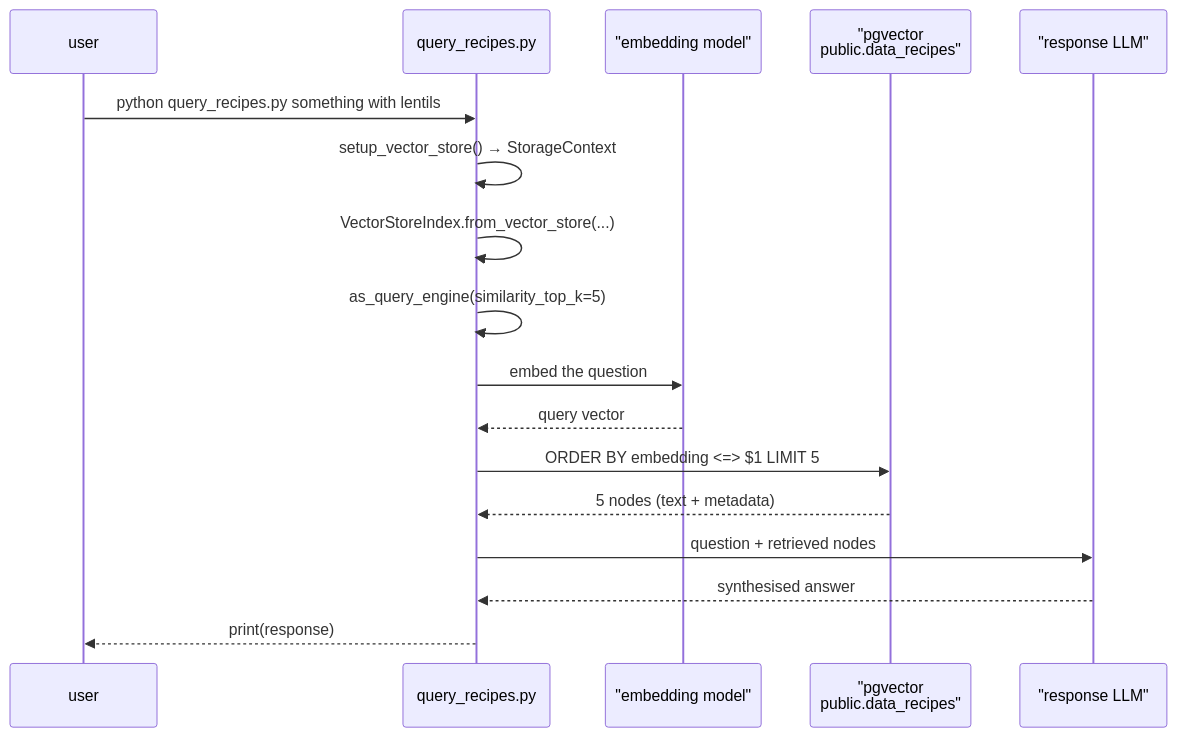
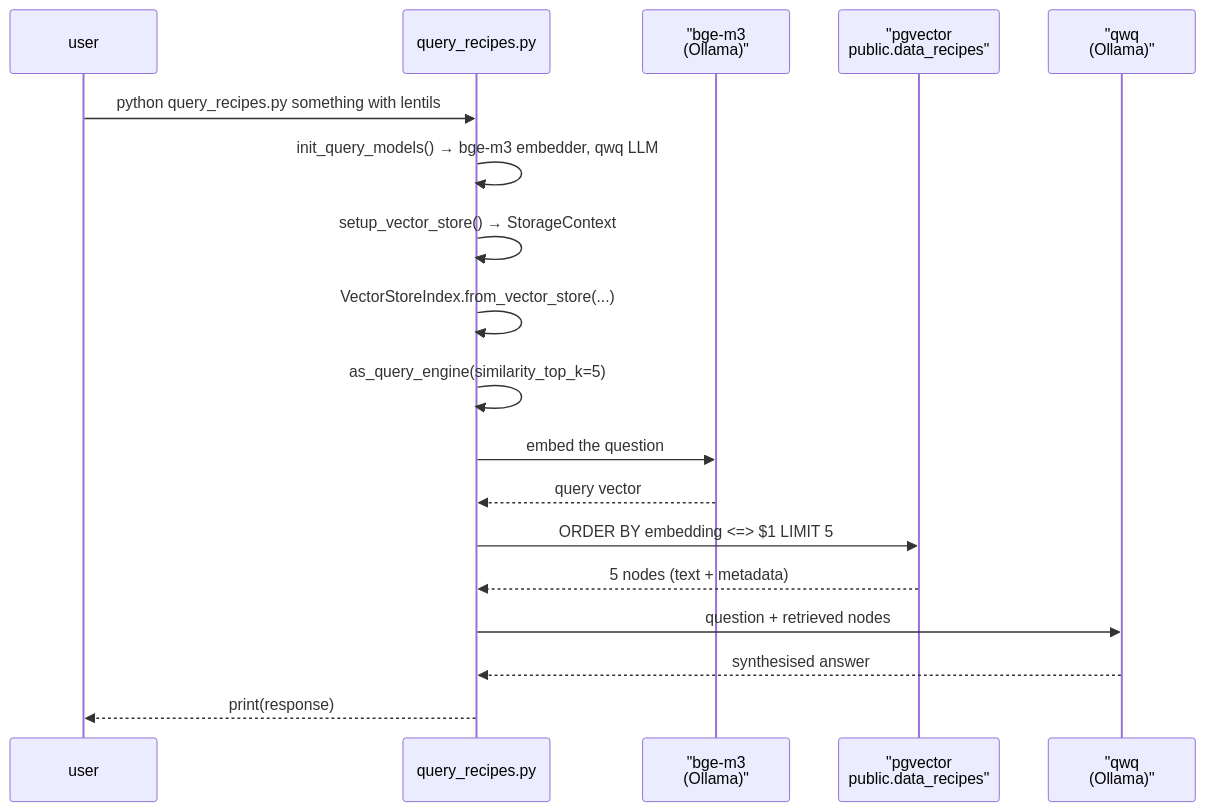
One commit to Bissbert/cookingRAG changed the first of 2 diagrams in docs/05-query.md. Above: the diagram before and after it, drawn with Mermaid. The commit also changed other lines of this file and 10 other files, not shown here.

````diff
--- a/docs/05-query.md
+++ b/docs/05-query.md
@@ -13,20 +14,21 @@
 ```mermaid
 sequenceDiagram
     participant U as user
     participant Q as query_recipes.py
-    participant E as "embedding model"
+    participant E as "bge-m3<br/>(Ollama)"
     participant P as "pgvector<br/>public.data_recipes"
-    participant L as "response LLM"
+    participant L as "qwq<br/>(Ollama)"
 
     U->>Q: python query_recipes.py something with lentils
+    Q->>Q: init_query_models() → bge-m3 embedder, qwq LLM
     Q->>Q: setup_vector_store() → StorageContext
     Q->>Q: VectorStoreIndex.from_vector_store(...)
     Q->>Q: as_query_engine(similarity_top_k=5)
     Q->>E: embed the question
     E-->>Q: query vector
     Q->>P: ORDER BY embedding <=> $1 LIMIT 5
     P-->>Q: 5 nodes (text + metadata)
     Q->>L: question + retrieved nodes
     L-->>Q: synthesised answer
     Q-->>U: print(response)
 ```
````
